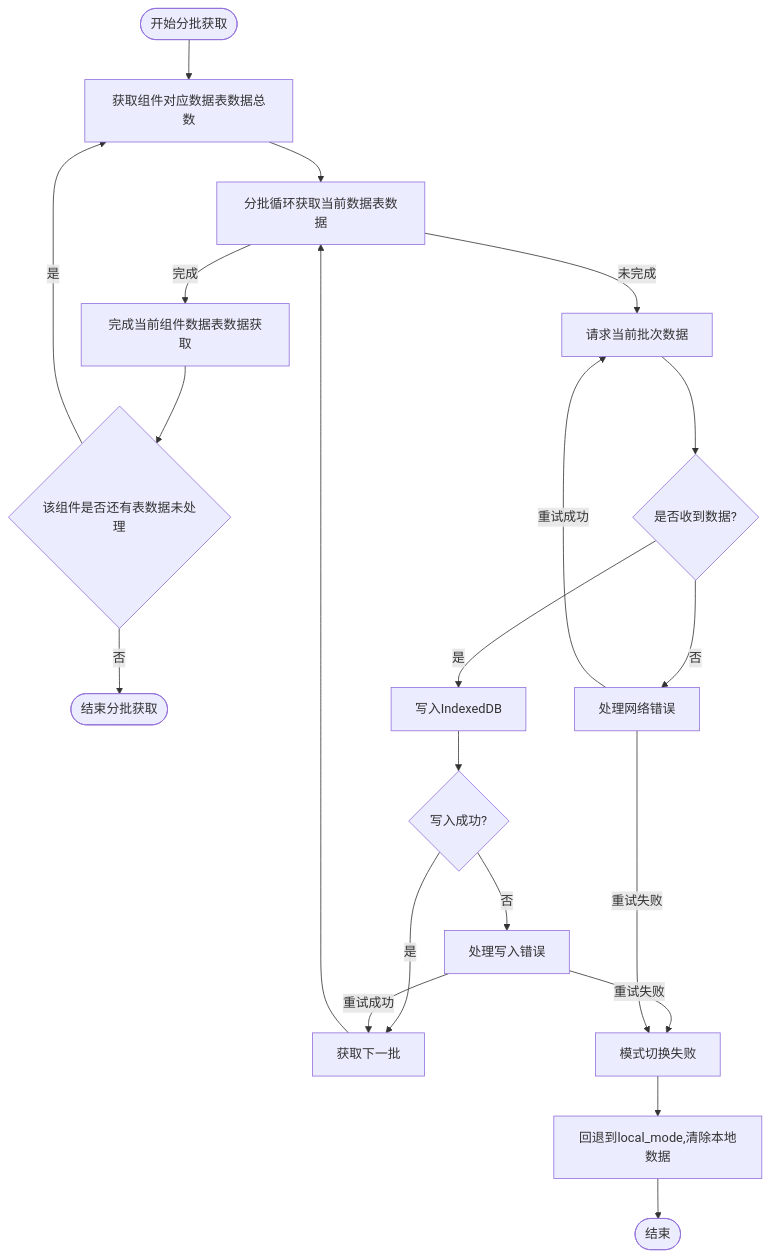
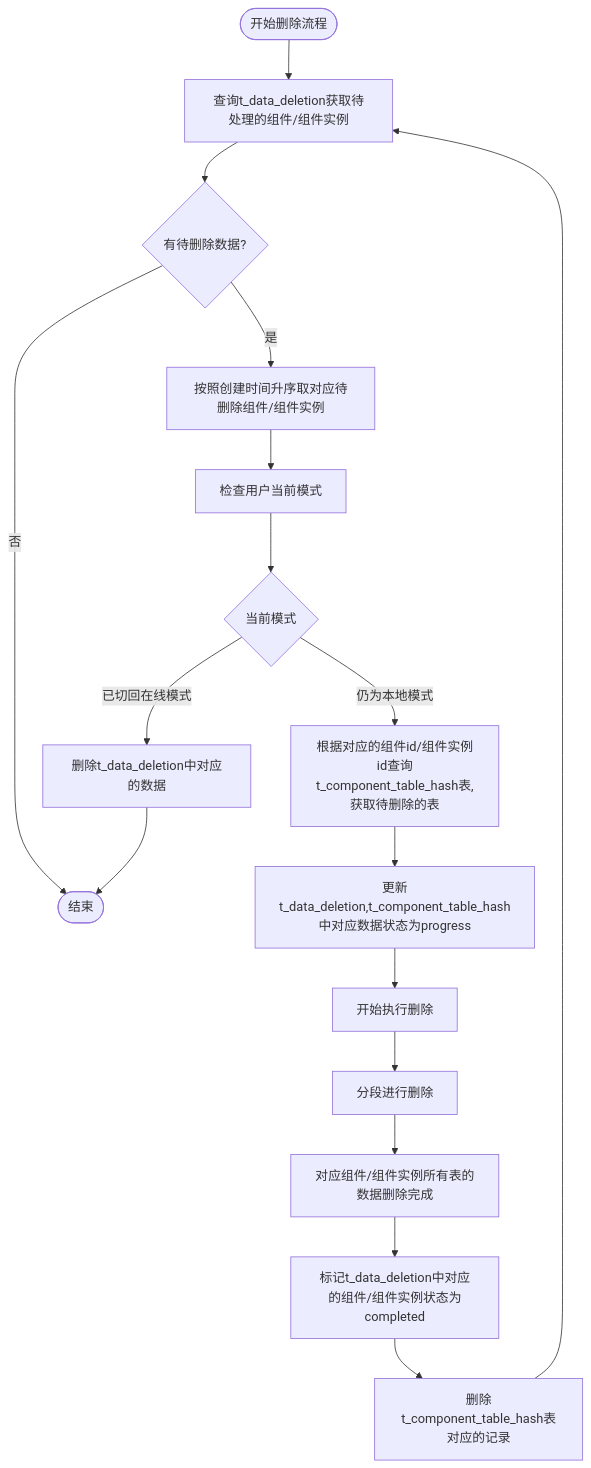
Before and after one commit to yingjianzh/iodraw-files: the diagram in all/未命名-56.md, drawn with Mermaid.

Commit message:
2025-05-12 10:41:55 update

````diff
--- a/all/未命名-56.md
+++ b/all/未命名-56.md
@@ -1,35 +1,29 @@
 ```mermaid
 
 flowchart TD
-    StartBatch([开始分批获取]) --> InitializeBatch[获取组件对应数据表数据总数]
-    InitializeBatch --> CheckBatchSize[分批循环获取当前数据表数据]
+    Start([开始删除流程]) --> FetchTasks[查询t_data_deletion获取待处理的组件/组件实例]
+    FetchTasks --> HasTasks{有待删除数据?}
     
-    CheckBatchSize -->|完成| BatchComplete[完成当前组件数据表数据获取]
-
-    BatchComplete --> HasNext{该组件是否还有表数据未处理}
-
-    HasNext --> |是| InitializeBatch
-    HasNext --> |否| EndBatch([结束分批获取])
-
+    HasTasks -->|否| End([结束])
+    HasTasks -->|是| PrioritizeTasks[按照创建时间升序取对应待删除组件/组件实例]
     
-    CheckBatchSize -->|未完成| RequestBatch[请求当前批次数据]
-    RequestBatch --> ReceiveBatch{是否收到数据?}
+    PrioritizeTasks --> CheckUserMode[检查用户当前模式]
     
-    ReceiveBatch -->|是| WriteToDB[写入IndexedDB]
+    CheckUserMode --> CurrentMode{当前模式}
+    CurrentMode -->|已切回在线模式| TaskCancel[删除t_data_deletion中对应的数据]
+    CurrentMode -->|仍为本地模式| LockTask[根据对应的组件id/组件实例id查询t_component_table_hash表,获取待删除的表]
     
-    WriteToDB --> BatchSuccess{写入成功?}
-    BatchSuccess -->|是| NextBatch[获取下一批]
-    BatchSuccess -->|否| HandleError[处理写入错误]
-    HandleError -->|重试成功| NextBatch
-    HandleError -->|重试失败| ModeFailed[模式切换失败]
-    ModeFailed --> Abort[回退到local_mode,清除本地数据]
-    Abort --> End([结束])
+    LockTask --> UpdateStatus[更新t_data_deletion,t_component_table_hash中对应数据状态为progress]
+    UpdateStatus --> BeginDeletion[开始执行删除]
     
-    ReceiveBatch -->|否| HandleNetworkError[处理网络错误]
-    HandleNetworkError -->|重试成功| RequestBatch
-    HandleNetworkError -->|重试失败| ModeFailed
+    BeginDeletion --> A[分段进行删除]
     
-    NextBatch --> CheckBatchSize
+    A --> B[对应组件/组件实例所有表的数据删除完成]
+    B --> MarkCompleted[标记t_data_deletion中对应的组件/组件实例状态为completed]
     
+    MarkCompleted --> MarkHash[删除t_component_table_hash表对应的记录]
+    
+    TaskCancel --> End
+    MarkHash --> FetchTasks
 
 ```
````
